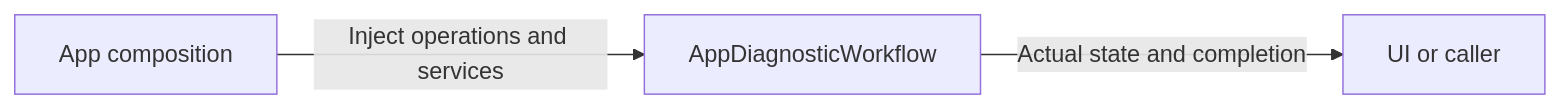
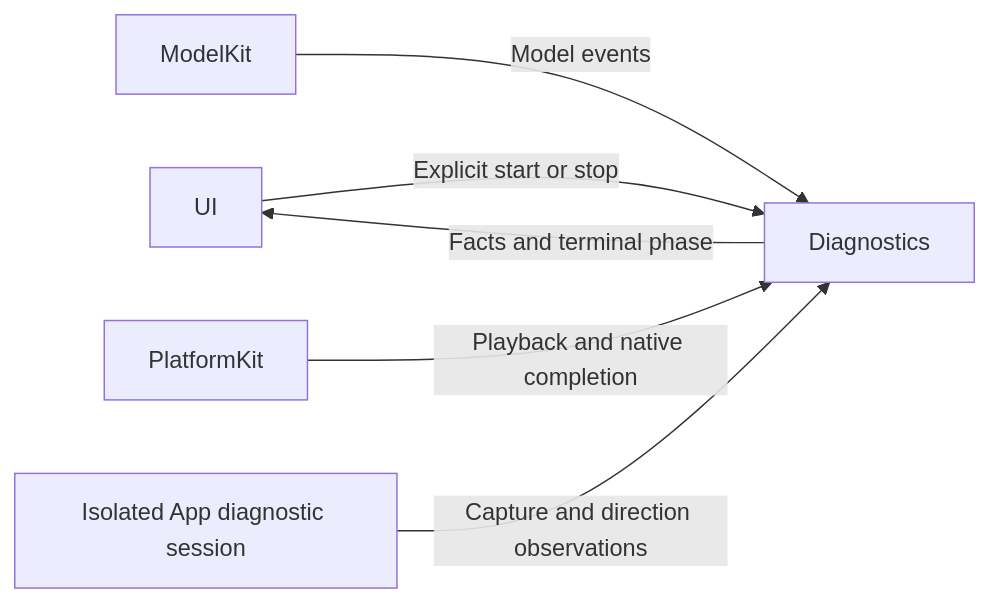
One commit to devilyouwei/MobileHarness changed the diagram in MobileHarness/App/Workflows/Diagnostics/README.md. Above: the diagram before and after it, drawn with Mermaid. The commit also changed other lines of this file and 116 other files, not shown here.

````diff
--- a/MobileHarness/App/Workflows/Diagnostics/README.md
+++ b/MobileHarness/App/Workflows/Diagnostics/README.md
@@ -7,5 +15,8 @@
 ```mermaid
 flowchart LR
-    Root[App composition] -->|Inject operations and services| Workflow[AppDiagnosticWorkflow]
-    Workflow -->|Actual state and completion| Consumer[UI or caller]
+ UI -->|Explicit start or stop| Diagnostics
+ ModelKit -->|Model events| Diagnostics
+ PlatformKit -->|Playback and native completion| Diagnostics
+ Lifecycle[Isolated App diagnostic session] -->|Capture and direction observations| Diagnostics
+ Diagnostics -->|Facts and terminal phase| UI
 ```
````
